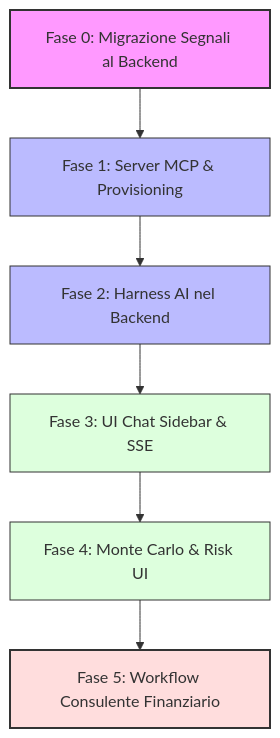
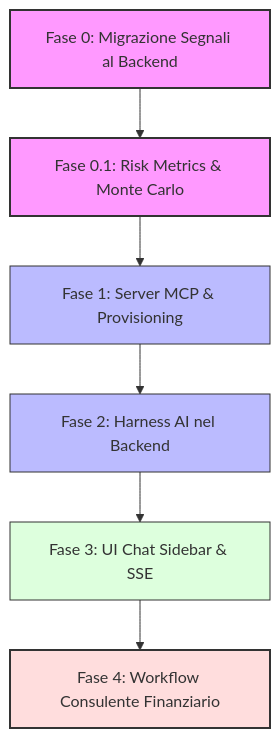
One commit to Librefolio/LibreFolio changed the diagram in LibreFolio_developer_journal/Release_2/Ai_ideas/roadmap_and_signals_brainstorm.md. Above: the diagram before and after it, drawn with Mermaid. The commit also changed other lines of this file and 3 other files, not shown here.

Commit message:
feat(phase0): enhance roadmap with detailed risk metrics and Monte Carlo engine

````diff
--- a/LibreFolio_developer_journal/Release_2/Ai_ideas/roadmap_and_signals_brainstorm.md
+++ b/LibreFolio_developer_journal/Release_2/Ai_ideas/roadmap_and_signals_brainstorm.md
@@ -11,15 +11,15 @@
 ```mermaid
 graph TD
-    A[Fase 0: Migrazione Segnali al Backend] --> B[Fase 1: Server MCP & Provisioning]
+    A[Fase 0: Migrazione Segnali al Backend] --> A1[Fase 0.1: Risk Metrics & Monte Carlo]
+    A1 --> B[Fase 1: Server MCP & Provisioning]
     B --> C[Fase 2: Harness AI nel Backend]
     C --> D[Fase 3: UI Chat Sidebar & SSE]
-    D --> E[Fase 4: Monte Carlo & Risk UI]
-    E --> F[Fase 5: Workflow Consulente Finanziario]
+    D --> E[Fase 4: Workflow Consulente Finanziario]
 
     style A fill:#f9f,stroke:#333,stroke-width:2px
+    style A1 fill:#f9f,stroke:#333,stroke-width:2px
     style B fill:#bbf,stroke:#333,stroke-width:1px
     style C fill:#bbf,stroke:#333,stroke-width:1px
     style D fill:#dfd,stroke:#333,stroke-width:1px
-    style E fill:#dfd,stroke:#333,stroke-width:1px
-    style F fill:#fdd,stroke:#333,stroke-width:2px
+    style E fill:#fdd,stroke:#333,stroke-width:2px
 ```
````
